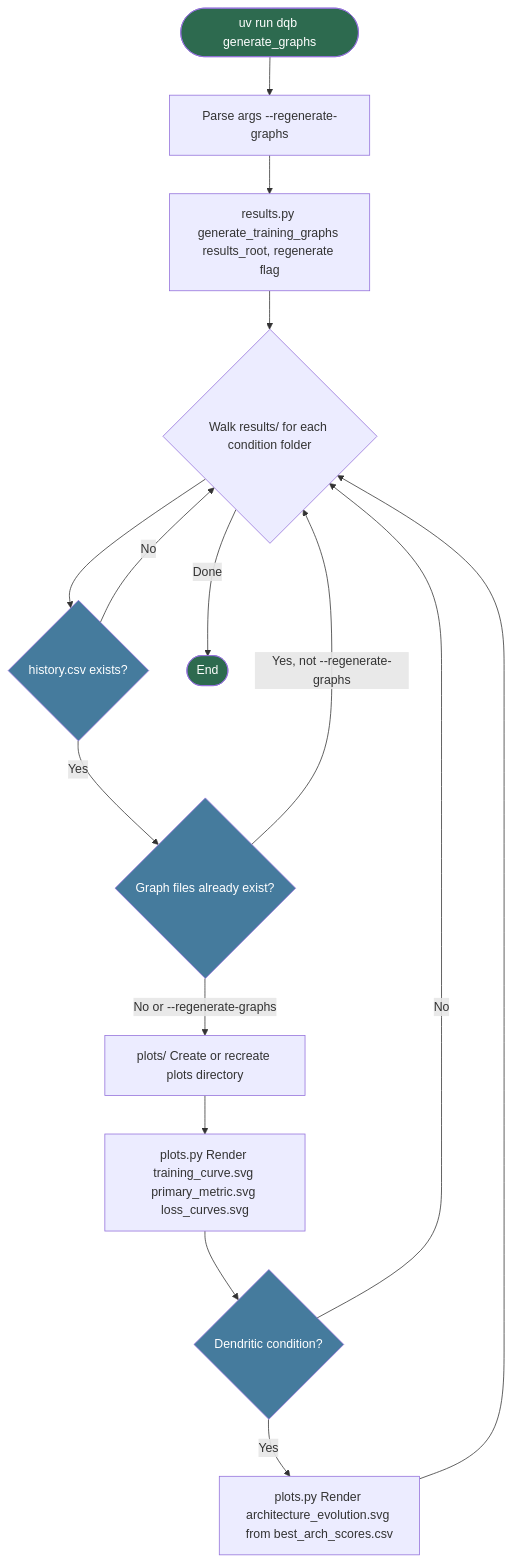
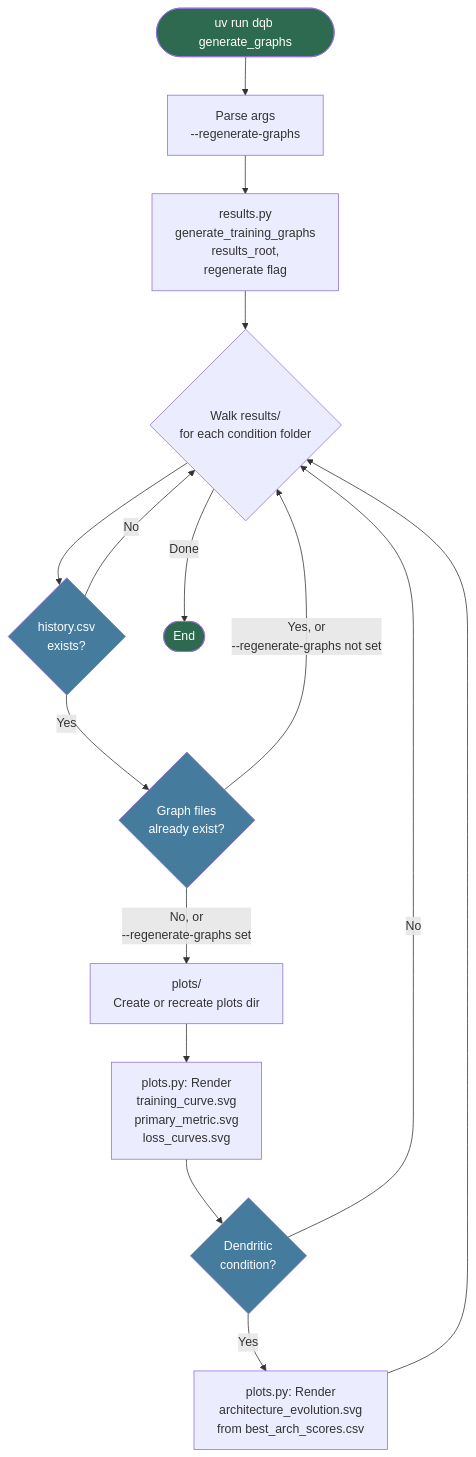
The fifth of 6 diagrams in information/CLI_DIAGRAMS.md (VG-Fish/PerforatedAI-Quantization-Experiment), drawn with Mermaid before and after one commit. The commit also changed other lines of this file, not shown here.

Commit message:
update mermaid diagrams to be more clear

````diff
--- a/information/CLI_DIAGRAMS.md
+++ b/information/CLI_DIAGRAMS.md
@@ -187,23 +200,23 @@
 ```mermaid
 flowchart TD
-    A([uv run dqb generate_graphs]) --> B[Parse args --regenerate-graphs]
-    B --> C[results.py generate_training_graphs results_root, regenerate flag]
-    C --> D{Walk results/ for each condition folder}
-    D --> E{history.csv exists?}
-    E -- No --> D
-    E -- Yes --> F{Graph files already exist?}
-    F -- "Yes, not --regenerate-graphs" --> D
-    F -- "No or --regenerate-graphs" --> G[plots/ Create or recreate plots directory]
-    G --> H[plots.py Render training_curve.svg primary_metric.svg loss_curves.svg]
-    H --> I{Dendritic condition?}
-    I -- Yes --> J[plots.py Render architecture_evolution.svg from best_arch_scores.csv]
-    I -- No --> D
+    A([uv run dqb generate_graphs]) --> B["Parse args<br>--regenerate-graphs"]
+    B --> C["results.py<br>generate_training_graphs<br>results_root,<br>regenerate flag"]
+    C --> D{"Walk results/<br>for each condition folder"}
+    D --> E{"history.csv<br>exists?"}
+    E -->|No| D
+    E -->|Yes| F{"Graph files<br>already exist?"}
+    F -->|Yes, or<br>--regenerate-graphs not set| D
+    F -->|No, or<br>--regenerate-graphs set| G["plots/<br>Create or recreate plots dir"]
+    G --> H["plots.py: Render<br>training_curve.svg<br>primary_metric.svg<br>loss_curves.svg"]
+    H --> I{"Dendritic<br>condition?"}
+    I -->|Yes| J["plots.py: Render<br>architecture_evolution.svg<br>from best_arch_scores.csv"]
+    I -->|No| D
     J --> D
-    D -- Done --> ZZ([End])
+    D -->|Done| ZZ([End])
 
     style A fill:#2d6a4f,color:#fff
     style ZZ fill:#2d6a4f,color:#fff
     style E fill:#457b9d,color:#fff
     style F fill:#457b9d,color:#fff
     style I fill:#457b9d,color:#fff
 ```
````
